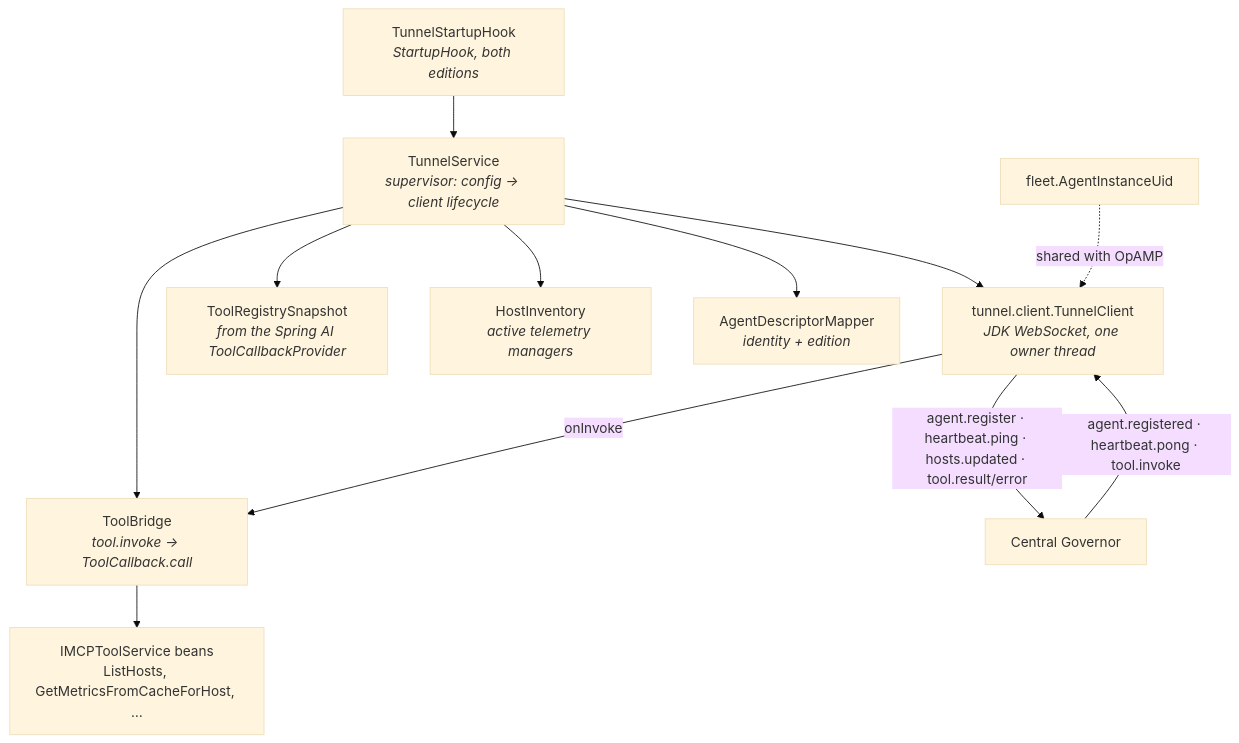
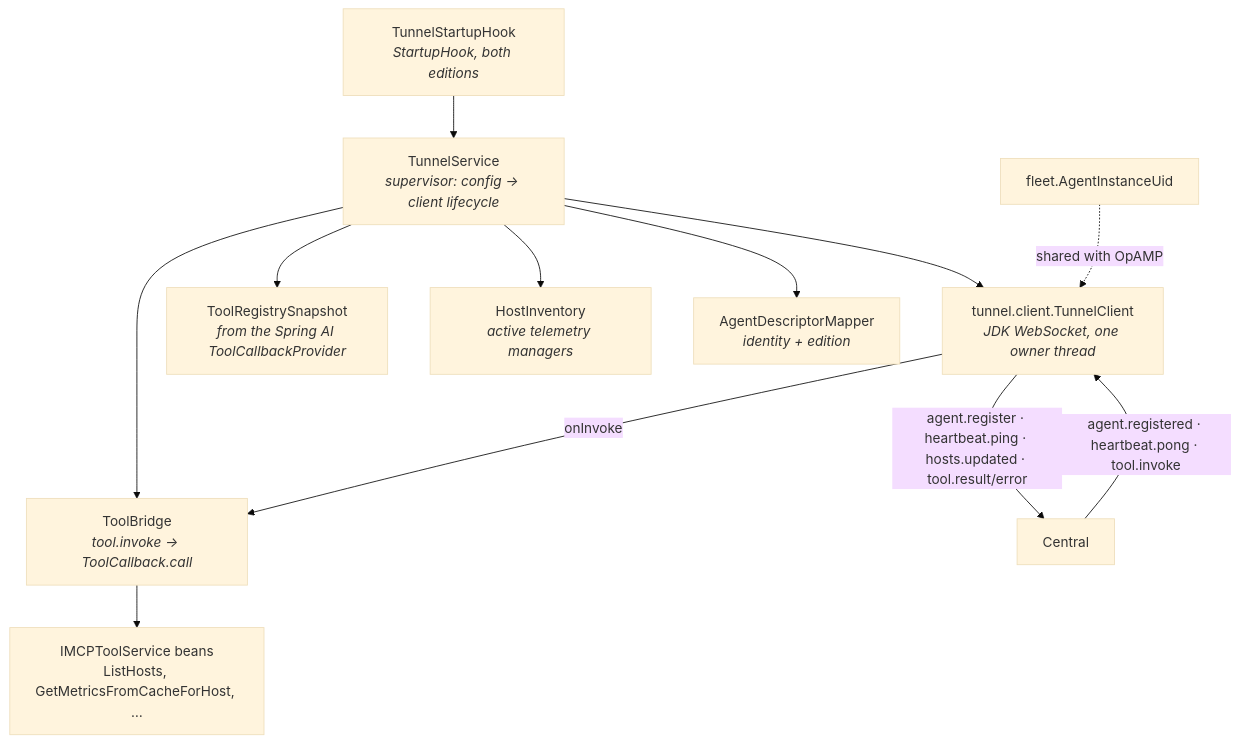
One commit to MetricsHub/metricshub-community changed the ninth of 9 diagrams in central-fleet-management.md. Above: the diagram before and after it, drawn with Mermaid (base theme). The commit also changed other lines of this file and 21 other files, not shown here.

````diff
--- a/central-fleet-management.md
+++ b/central-fleet-management.md
@@ -779,14 +780,14 @@
 ```mermaid
 flowchart TB
     Hook["TunnelStartupHook<br/><i>StartupHook, both editions</i>"] --> Svc["TunnelService<br/><i>supervisor: config → client lifecycle</i>"]
     Svc --> Client["tunnel.client.TunnelClient<br/><i>JDK WebSocket, one owner thread</i>"]
     Svc --> Snap["ToolRegistrySnapshot<br/><i>from the Spring AI ToolCallbackProvider</i>"]
     Svc --> Inv["HostInventory<br/><i>active telemetry managers</i>"]
     Svc --> Desc["AgentDescriptorMapper<br/><i>identity + edition</i>"]
     Svc --> Bridge["ToolBridge<br/><i>tool.invoke → ToolCallback.call</i>"]
-    Client -->|"agent.register · heartbeat.ping · hosts.updated · tool.result/error"| Gov["Central Governor"]
+    Client -->|"agent.register · heartbeat.ping · hosts.updated · tool.result/error"| Gov["Central"]
     Gov -->|"agent.registered · heartbeat.pong · tool.invoke"| Client
     Client -->|onInvoke| Bridge
     Bridge --> Tools["IMCPToolService beans<br/>ListHosts, GetMetricsFromCacheForHost, …"]
     Uid["fleet.AgentInstanceUid"] -.shared with OpAMP.-> Client
 ```
````
